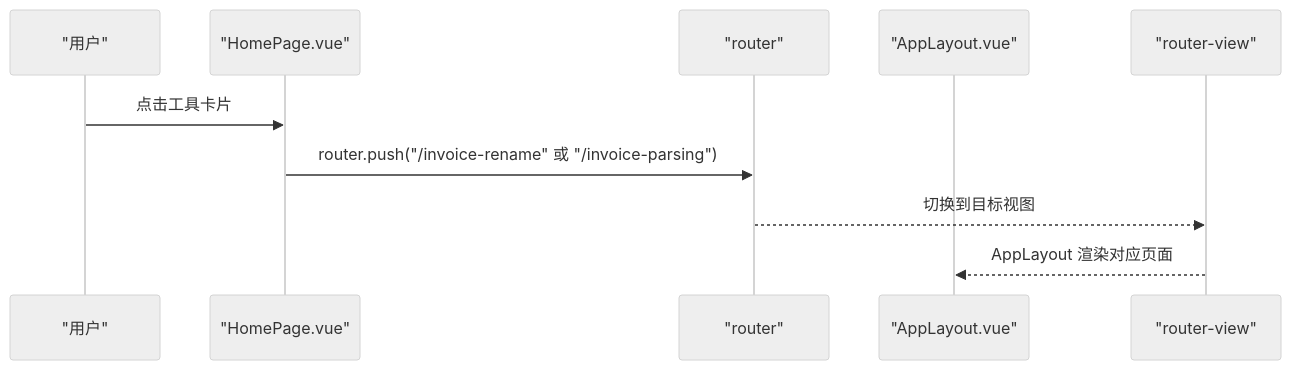
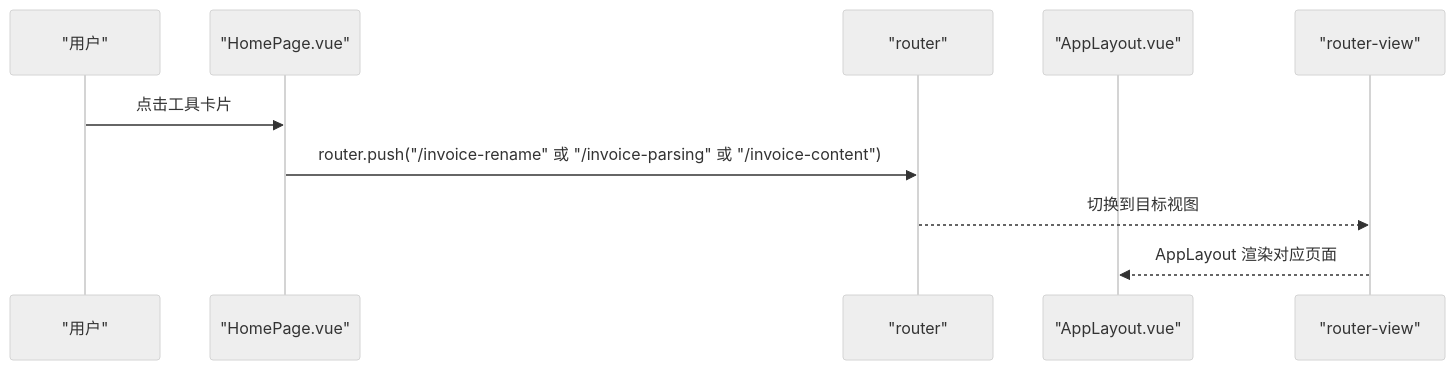
Before and after one commit to dunhuixiao/FinanceTools: the fifth of 7 diagrams in .qoder/repowiki/zh/content/路由与导航.md, drawn with Mermaid (neutral theme). The commit also changed other lines of this file and 20 other files, not shown here.

````diff
--- a/.qoder/repowiki/zh/content/路由与导航.md
+++ b/.qoder/repowiki/zh/content/路由与导航.md
@@ -201,12 +216,12 @@
 ```mermaid
 sequenceDiagram
 participant U as "用户"
 participant HP as "HomePage.vue"
 participant R as "router"
 participant L as "AppLayout.vue"
 participant V as "router-view"
 U->>HP : 点击工具卡片
-HP->>R : router.push("/invoice-rename" 或 "/invoice-parsing")
+HP->>R : router.push("/invoice-rename" 或 "/invoice-parsing" 或 "/invoice-content")
 R-->>V : 切换到目标视图
 V-->>L : AppLayout 渲染对应页面
 ```
````
